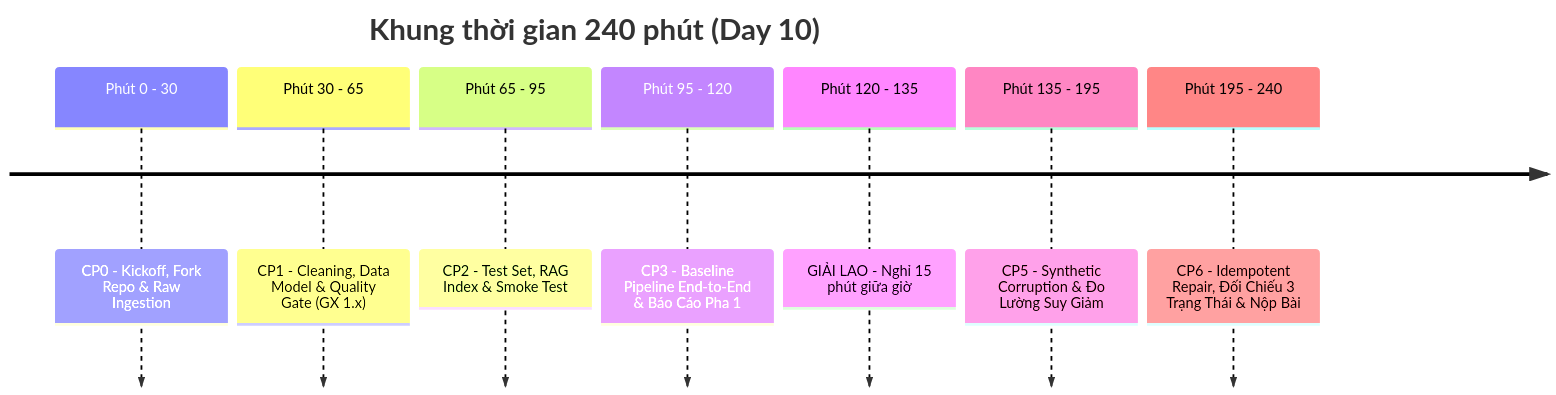
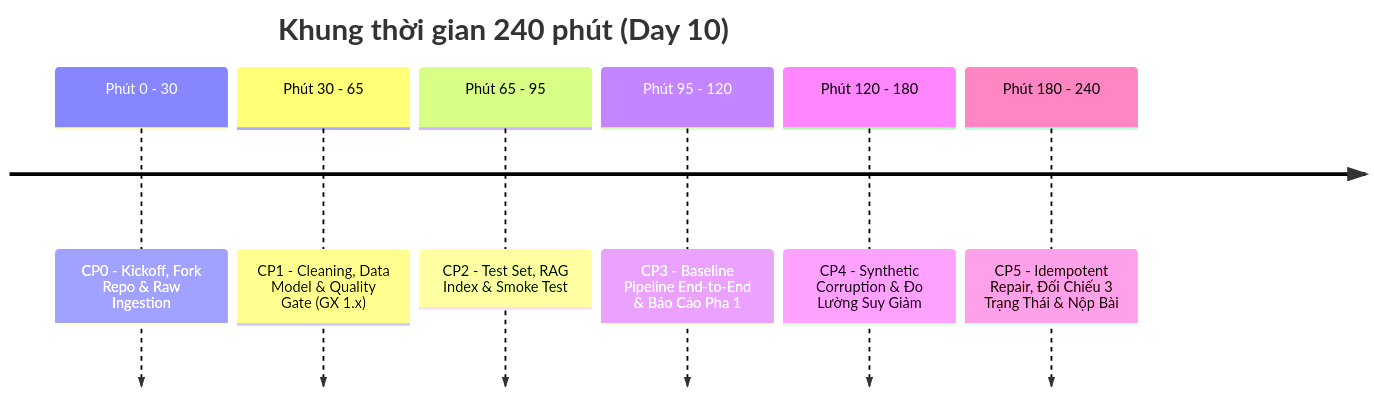
One commit to AnNguyen05092004/K4-L3-DAY10-KKAL-DataPipeline changed the diagram in README.md. Above: the diagram before and after it, drawn with Mermaid. The commit also changed other lines of this file and 2 other files, not shown here.

````diff
--- a/README.md
+++ b/README.md
@@ -71,11 +71,10 @@
 ```mermaid
 timeline
     title Khung thời gian 240 phút (Day 10)
     Phút 0 - 30   : CP0 - Kickoff, Fork Repo & Raw Ingestion
     Phút 30 - 65  : CP1 - Cleaning, Data Model & Quality Gate (GX 1.x)
     Phút 65 - 95  : CP2 - Test Set, RAG Index & Smoke Test
     Phút 95 - 120 : CP3 - Baseline Pipeline End-to-End & Báo Cáo Pha 1
-    Phút 120 - 135: GIẢI LAO - Nghỉ 15 phút giữa giờ
-    Phút 135 - 195: CP5 - Synthetic Corruption & Đo Lường Suy Giảm
-    Phút 195 - 240: CP6 - Idempotent Repair, Đối Chiếu 3 Trạng Thái & Nộp Bài
+    Phút 120 - 180: CP4 - Synthetic Corruption & Đo Lường Suy Giảm
+    Phút 180 - 240: CP5 - Idempotent Repair, Đối Chiếu 3 Trạng Thái & Nộp Bài
 ```
````
